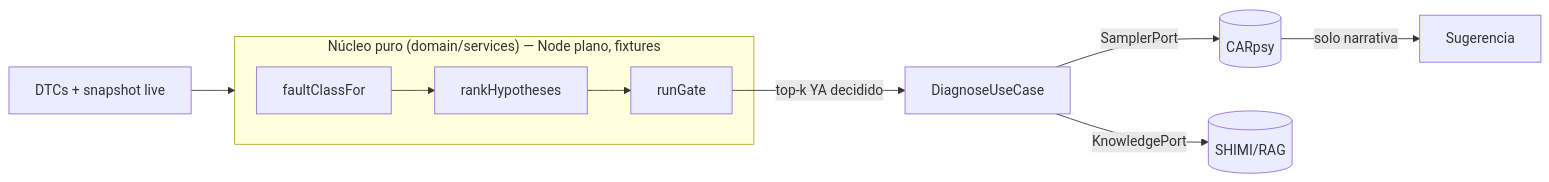
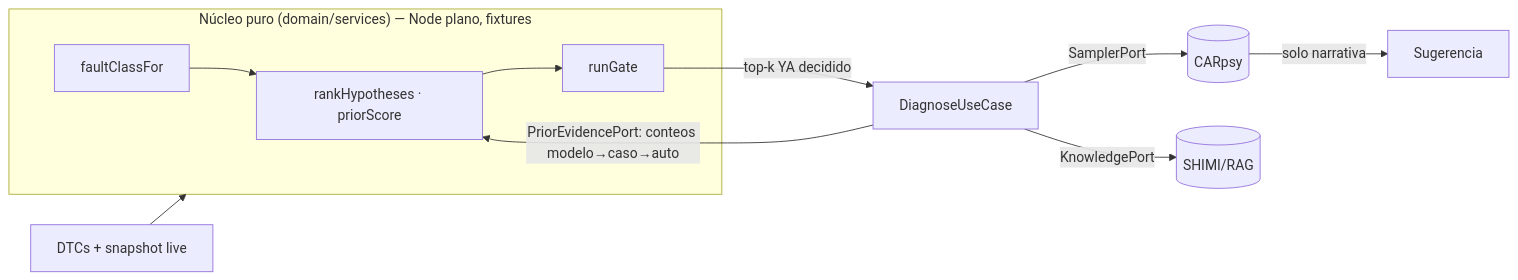
Before and after one commit to gazzimon/OBDient: the diagram in docs/ADR/0006-nucleo-deterministico-inyectable.md, drawn with Mermaid. The commit also changed other lines of this file and 3 other files, not shown here.

````diff
--- a/docs/ADR/0006-nucleo-deterministico-inyectable.md
+++ b/docs/ADR/0006-nucleo-deterministico-inyectable.md
@@ -90,11 +107,12 @@
 ```mermaid
 flowchart LR
   IN[DTCs + snapshot live] --> CORE
+  ORCH -->|PriorEvidencePort: conteos modelo→caso→auto| RK
   subgraph CORE["Núcleo puro (domain/services) — Node plano, fixtures"]
-    FC[faultClassFor] --> RK[rankHypotheses] --> GT[runGate]
+    FC[faultClassFor] --> RK[rankHypotheses · priorScore] --> GT[runGate]
   end
   GT -->|top-k YA decidido| ORCH[DiagnoseUseCase]
   ORCH -->|SamplerPort| SMP[(CARpsy)]
   ORCH -->|KnowledgePort| KN[(SHIMI/RAG)]
   SMP -->|solo narrativa| OUT[Sugerencia]
 ```
````
